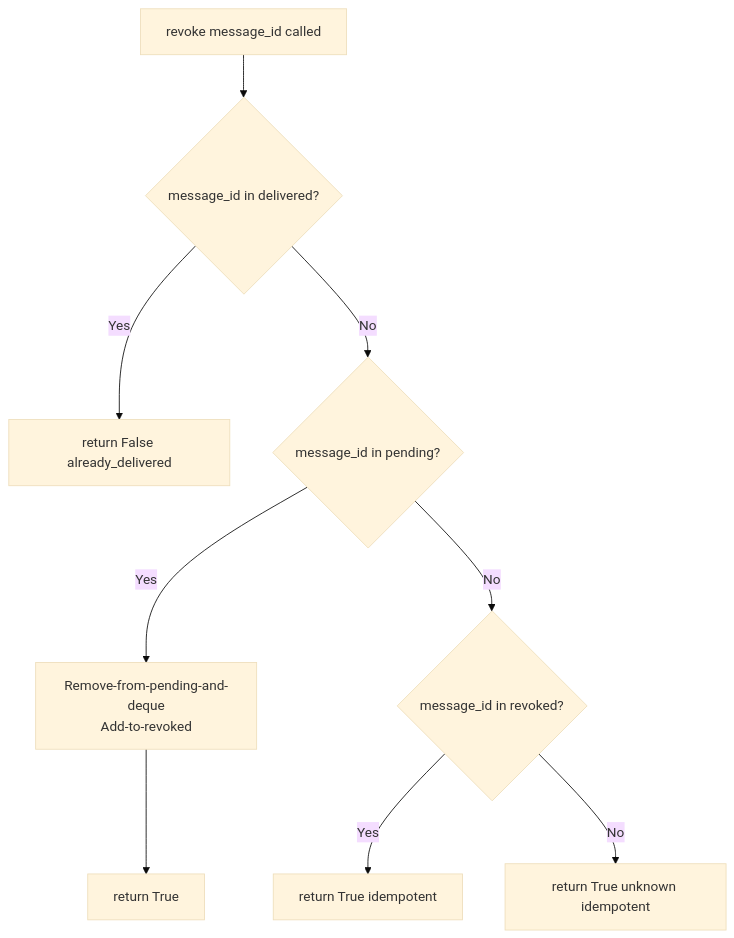
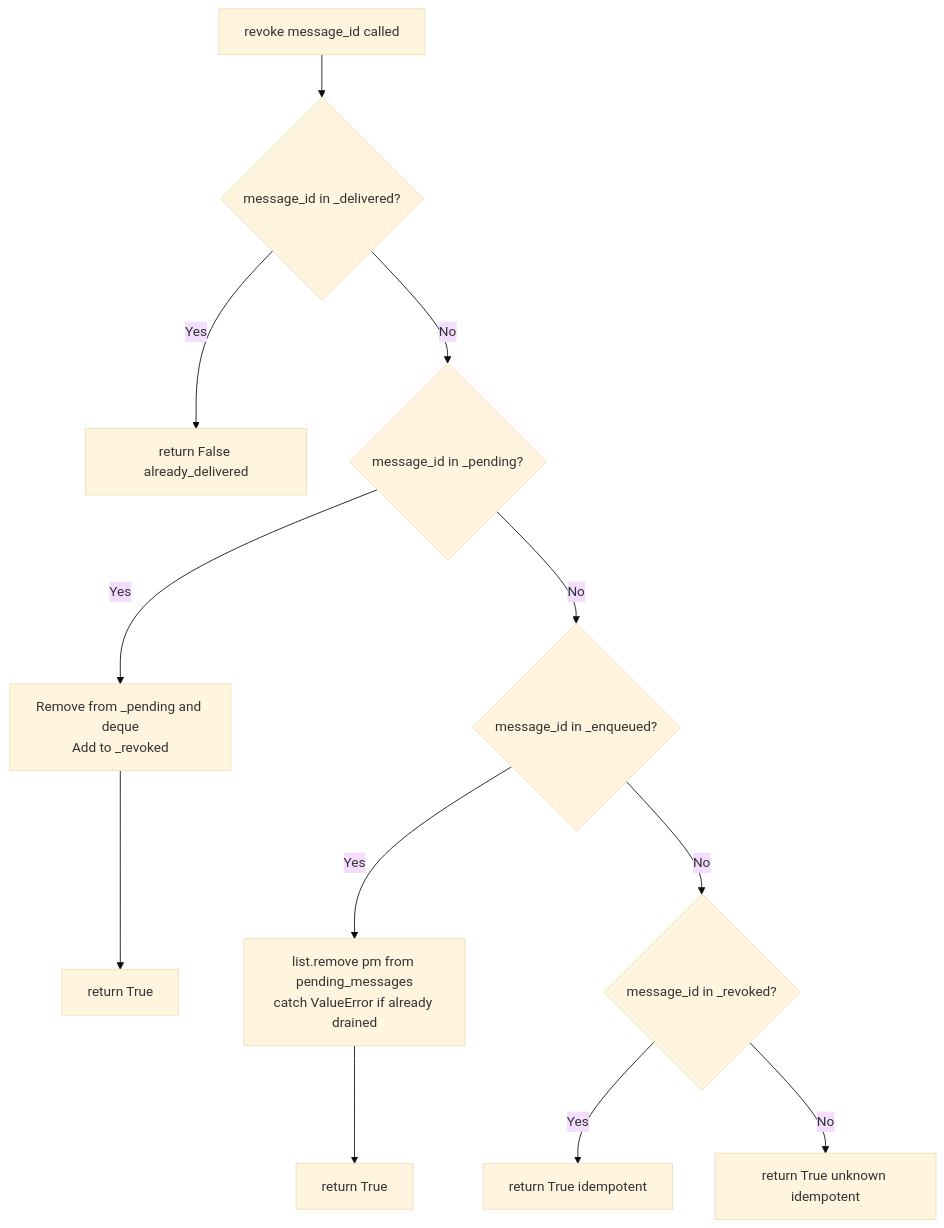
One commit to Leoyzen/agentpool changed the fourth of 6 diagrams in docs/rfcs/draft/RFC-0054-v2-message-id-infrastructure.md. Above: the diagram before and after it, drawn with Mermaid (base theme). The commit also changed other lines of this file, not shown here.

````diff
--- a/docs/rfcs/draft/RFC-0054-v2-message-id-infrastructure.md
+++ b/docs/rfcs/draft/RFC-0054-v2-message-id-infrastructure.md
@@ -540,12 +564,15 @@
 ```mermaid
 flowchart TD
     R["revoke message_id called"]
-    R --> CheckDelivered{"message_id in delivered?"}
+    R --> CheckDelivered{"message_id in _delivered?"}
     CheckDelivered -->|"Yes"| ReturnFalse["return False already_delivered"]
-    CheckDelivered -->|"No"| CheckPending{"message_id in pending?"}
-    CheckPending -->|"Yes"| Remove["Remove-from-pending-and-deque<br/>Add-to-revoked"]
+    CheckDelivered -->|"No"| CheckPending{"message_id in _pending?"}
+    CheckPending -->|"Yes"| Remove["Remove from _pending and deque<br/>Add to _revoked"]
     Remove --> ReturnTrue1["return True"]
-    CheckPending -->|"No"| CheckRevoked{"message_id in revoked?"}
-    CheckRevoked -->|"Yes"| ReturnTrue2["return True idempotent"]
-    CheckRevoked -->|"No"| ReturnTrue3["return True unknown idempotent"]
+    CheckPending -->|"No"| CheckEnqueued{"message_id in _enqueued?"}
+    CheckEnqueued -->|"Yes"| RemovePM["list.remove pm from pending_messages<br/>catch ValueError if already drained"]
+    RemovePM --> ReturnTrue2["return True"]
+    CheckEnqueued -->|"No"| CheckRevoked{"message_id in _revoked?"}
+    CheckRevoked -->|"Yes"| ReturnTrue3["return True idempotent"]
+    CheckRevoked -->|"No"| ReturnTrue4["return True unknown idempotent"]
 ```
````
